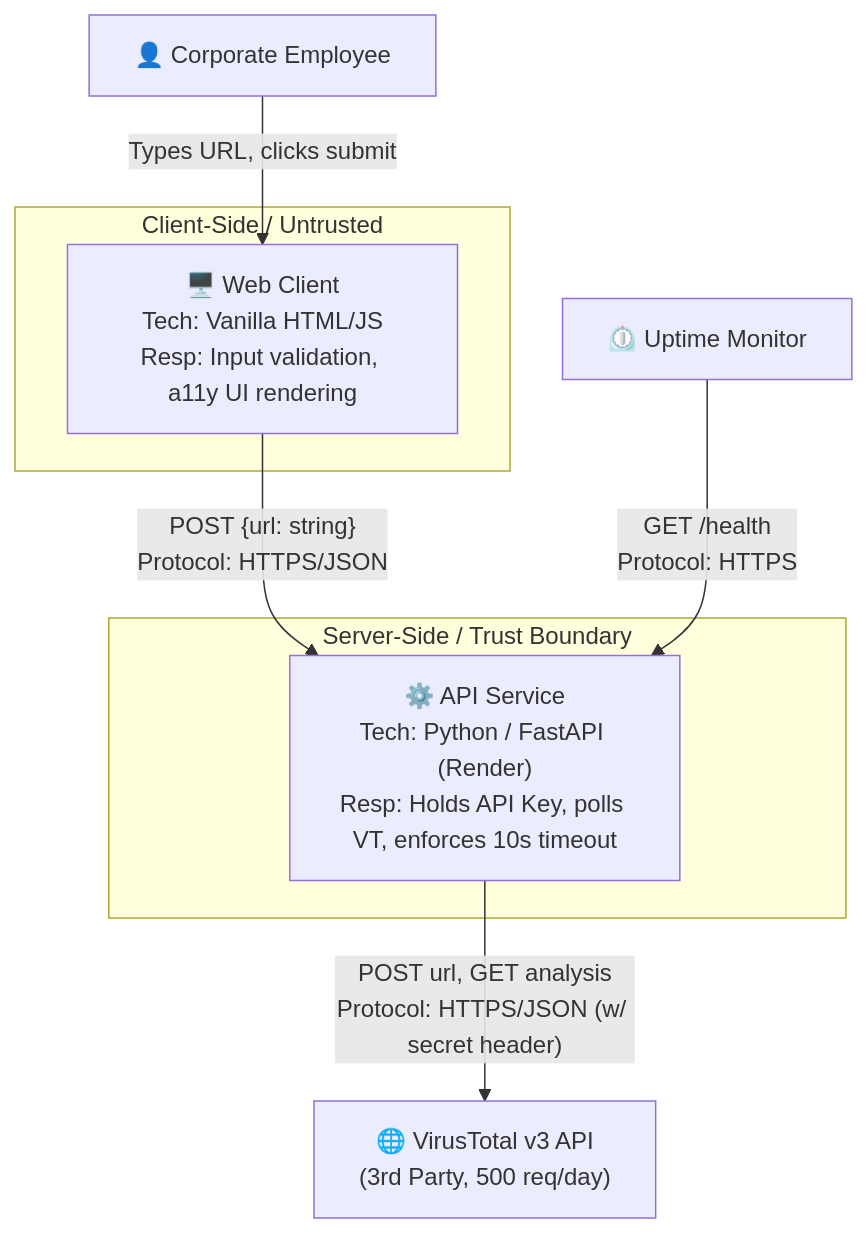
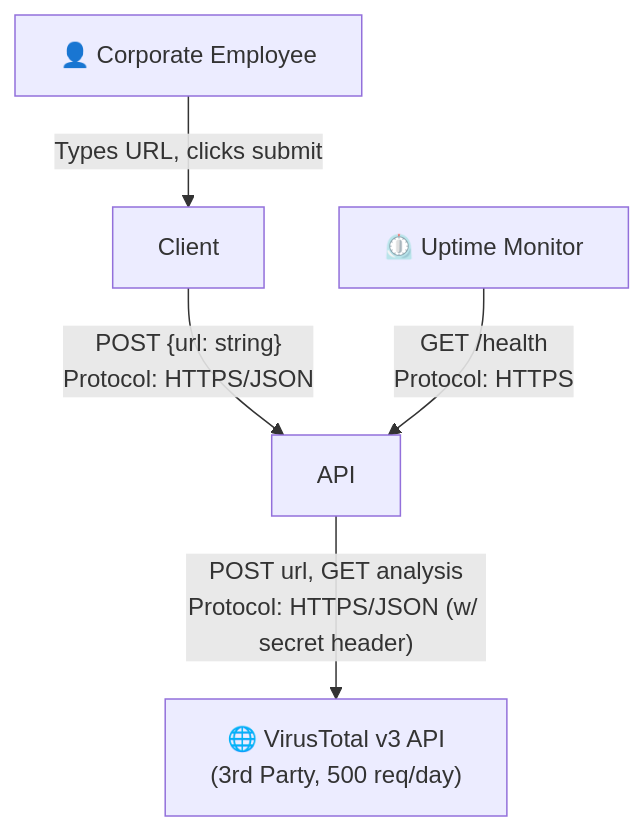
The diagram in docs/architecture.md (calebfuller1705/capstone), drawn with Mermaid before and after one commit. The commit also changed other lines of this file and 5 other files, not shown here.

````diff
--- a/docs/architecture.md
+++ b/docs/architecture.md
@@ -32,19 +14,11 @@
 ```mermaid
 graph TD
     User["👤 Corporate Employee"]
     VT["🌐 VirusTotal v3 API<br/>(3rd Party, 500 req/day)"]
     Ping["⏲️ Uptime Monitor"]
 
-    subgraph Untrusted [Client-Side / Untrusted]
-        Client["🖥️ Web Client<br/>Tech: Vanilla HTML/JS<br/>Resp: Input validation, a11y UI rendering"]
-    end
-
-    subgraph Trusted [Server-Side / Trust Boundary]
-        API["⚙️ API Service<br/>Tech: Python / FastAPI (Render)<br/>Resp: Holds API Key, polls VT, enforces 10s timeout"]
-    end
-
     User -- "Types URL, clicks submit" --> Client
     Client -- "POST {url: string}<br/>Protocol: HTTPS/JSON" --> API
     API -- "POST url, GET analysis<br/>Protocol: HTTPS/JSON (w/ secret header)" --> VT
     Ping -- "GET /health<br/>Protocol: HTTPS" --> API
 ```
````
